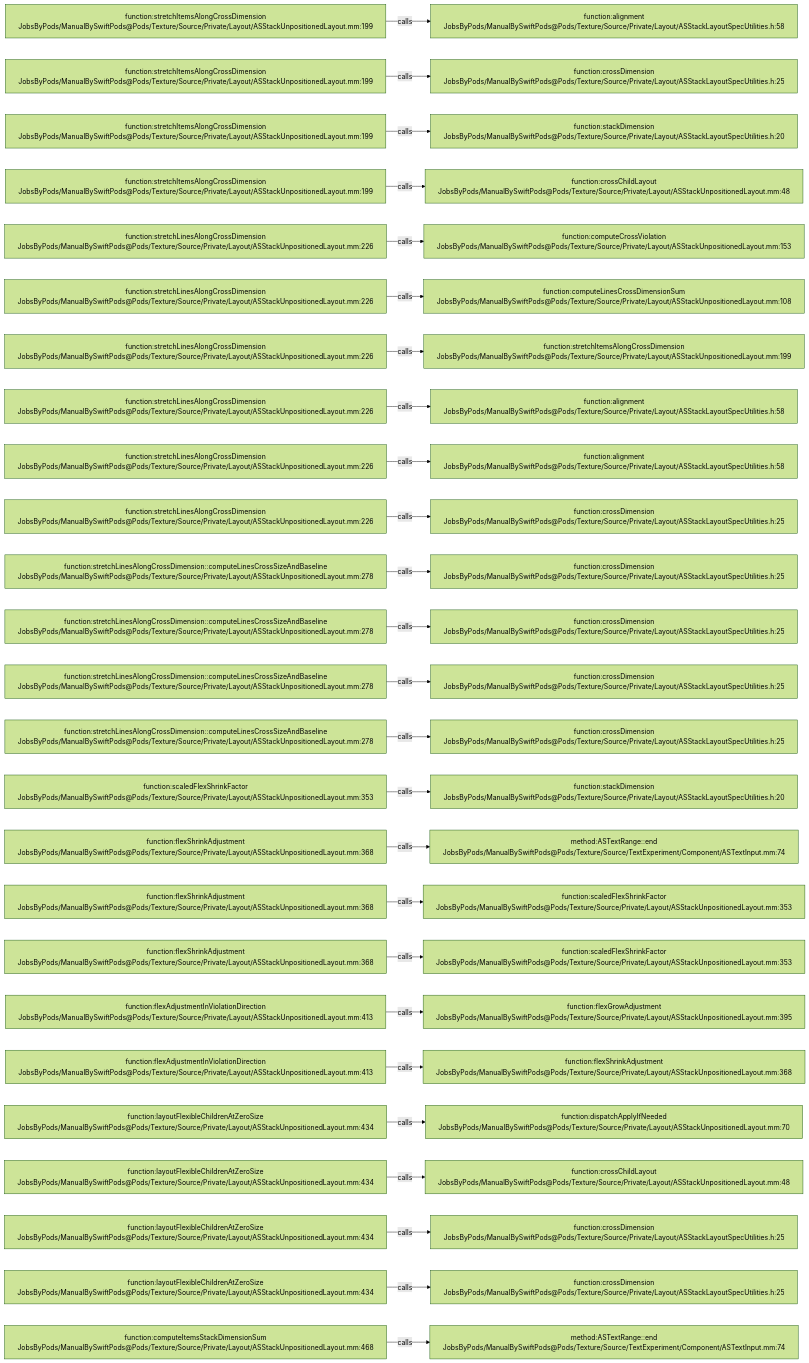
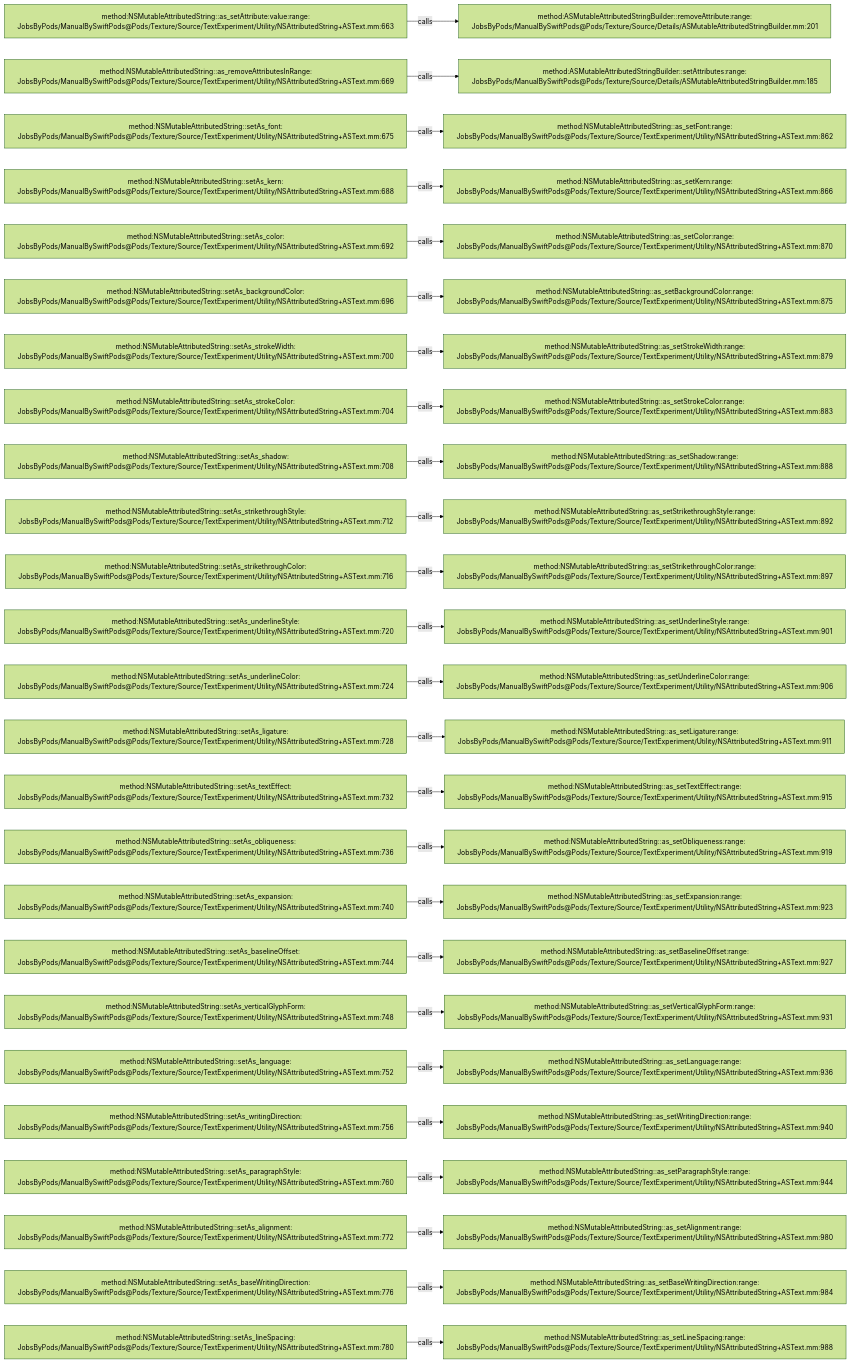
Before and after one commit to JobsKits/JobsSwiftBaseConfigDemo: the diagram in .codegraph/codegraph.md/graphs/calls-144.md, drawn with Mermaid (forest theme). The commit also changed 832 other files, not shown here.

````diff
--- a/.codegraph/codegraph.md/graphs/calls-144.md
+++ b/.codegraph/codegraph.md/graphs/calls-144.md
@@ -13,78 +13,78 @@
 ```mermaid
 flowchart LR
-  S1["function:stretchItemsAlongCrossDimension<br/>JobsByPods/ManualBySwiftPods@Pods/Texture/Source/Private/Layout/ASStackUnpositionedLayout.mm:199"]
-  T1["function:alignment<br/>JobsByPods/ManualBySwiftPods@Pods/Texture/Source/Private/Layout/ASStackLayoutSpecUtilities.h:58"]
+  S1["method:NSMutableAttributedString::as_setAttribute:value:range:<br/>JobsByPods/ManualBySwiftPods@Pods/Texture/Source/TextExperiment/Utility/NSAttributedString+ASText.mm:663"]
+  T1["method:ASMutableAttributedStringBuilder::removeAttribute:range:<br/>JobsByPods/ManualBySwiftPods@Pods/Texture/Source/Details/ASMutableAttributedStringBuilder.mm:201"]
   S1 -->|calls| T1
-  S2["function:stretchItemsAlongCrossDimension<br/>JobsByPods/ManualBySwiftPods@Pods/Texture/Source/Private/Layout/ASStackUnpositionedLayout.mm:199"]
-  T2["function:crossDimension<br/>JobsByPods/ManualBySwiftPods@Pods/Texture/Source/Private/Layout/ASStackLayoutSpecUtilities.h:25"]
+  S2["method:NSMutableAttributedString::as_removeAttributesInRange:<br/>JobsByPods/ManualBySwiftPods@Pods/Texture/Source/TextExperiment/Utility/NSAttributedString+ASText.mm:669"]
+  T2["method:ASMutableAttributedStringBuilder::setAttributes:range:<br/>JobsByPods/ManualBySwiftPods@Pods/Texture/Source/Details/ASMutableAttributedStringBuilder.mm:185"]
   S2 -->|calls| T2
-  S3["function:stretchItemsAlongCrossDimension<br/>JobsByPods/ManualBySwiftPods@Pods/Texture/Source/Private/Layout/ASStackUnpositionedLayout.mm:199"]
-  T3["function:stackDimension<br/>JobsByPods/ManualBySwiftPods@Pods/Texture/Source/Private/Layout/ASStackLayoutSpecUtilities.h:20"]
+  S3["method:NSMutableAttributedString::setAs_font:<br/>JobsByPods/ManualBySwiftPods@Pods/Texture/Source/TextExperiment/Utility/NSAttributedString+ASText.mm:675"]
+  T3["method:NSMutableAttributedString::as_setFont:range:<br/>JobsByPods/ManualBySwiftPods@Pods/Texture/Source/TextExperiment/Utility/NSAttributedString+ASText.mm:862"]
   S3 -->|calls| T3
-  S4["function:stretchItemsAlongCrossDimension<br/>JobsByPods/ManualBySwiftPods@Pods/Texture/Source/Private/Layout/ASStackUnpositionedLayout.mm:199"]
-  T4["function:crossChildLayout<br/>JobsByPods/ManualBySwiftPods@Pods/Texture/Source/Private/Layout/ASStackUnpositionedLayout.mm:48"]
+  S4["method:NSMutableAttributedString::setAs_kern:<br/>JobsByPods/ManualBySwiftPods@Pods/Texture/Source/TextExperiment/Utility/NSAttributedString+ASText.mm:688"]
+  T4["method:NSMutableAttributedString::as_setKern:range:<br/>JobsByPods/ManualBySwiftPods@Pods/Texture/Source/TextExperiment/Utility/NSAttributedString+ASText.mm:866"]
   S4 -->|calls| T4
-  S5["function:stretchLinesAlongCrossDimension<br/>JobsByPods/ManualBySwiftPods@Pods/Texture/Source/Private/Layout/ASStackUnpositionedLayout.mm:226"]
-  T5["function:computeCrossViolation<br/>JobsByPods/ManualBySwiftPods@Pods/Texture/Source/Private/Layout/ASStackUnpositionedLayout.mm:153"]
+  S5["method:NSMutableAttributedString::setAs_color:<br/>JobsByPods/ManualBySwiftPods@Pods/Texture/Source/TextExperiment/Utility/NSAttributedString+ASText.mm:692"]
+  T5["method:NSMutableAttributedString::as_setColor:range:<br/>JobsByPods/ManualBySwiftPods@Pods/Texture/Source/TextExperiment/Utility/NSAttributedString+ASText.mm:870"]
   S5 -->|calls| T5
-  S6["function:stretchLinesAlongCrossDimension<br/>JobsByPods/ManualBySwiftPods@Pods/Texture/Source/Private/Layout/ASStackUnpositionedLayout.mm:226"]
-  T6["function:computeLinesCrossDimensionSum<br/>JobsByPods/ManualBySwiftPods@Pods/Texture/Source/Private/Layout/ASStackUnpositionedLayout.mm:108"]
+  S6["method:NSMutableAttributedString::setAs_backgroundColor:<br/>JobsByPods/ManualBySwiftPods@Pods/Texture/Source/TextExperiment/Utility/NSAttributedString+ASText.mm:696"]
+  T6["method:NSMutableAttributedString::as_setBackgroundColor:range:<br/>JobsByPods/ManualBySwiftPods@Pods/Texture/Source/TextExperiment/Utility/NSAttributedString+ASText.mm:875"]
   S6 -->|calls| T6
-  S7["function:stretchLinesAlongCrossDimension<br/>JobsByPods/ManualBySwiftPods@Pods/Texture/Source/Private/Layout/ASStackUnpositionedLayout.mm:226"]
-  T7["function:stretchItemsAlongCrossDimension<br/>JobsByPods/ManualBySwiftPods@Pods/Texture/Source/Private/Layout/ASStackUnpositionedLayout.mm:199"]
+  S7["method:NSMutableAttributedString::setAs_strokeWidth:<br/>JobsByPods/ManualBySwiftPods@Pods/Texture/Source/TextExperiment/Utility/NSAttributedString+ASText.mm:700"]
+  T7["method:NSMutableAttributedString::as_setStrokeWidth:range:<br/>JobsByPods/ManualBySwiftPods@Pods/Texture/Source/TextExperiment/Utility/NSAttributedString+ASText.mm:879"]
   S7 -->|calls| T7
-  S8["function:stretchLinesAlongCrossDimension<br/>JobsByPods/ManualBySwiftPods@Pods/Texture/Source/Private/Layout/ASStackUnpositionedLayout.mm:226"]
-  T8["function:alignment<br/>JobsByPods/ManualBySwiftPods@Pods/Texture/Source/Private/Layout/ASStackLayoutSpecUtilities.h:58"]
+  S8["method:NSMutableAttributedString::setAs_strokeColor:<br/>JobsByPods/ManualBySwiftPods@Pods/Texture/Source/TextExperiment/Utility/NSAttributedString+ASText.mm:704"]
+  T8["method:NSMutableAttributedString::as_setStrokeColor:range:<br/>JobsByPods/ManualBySwiftPods@Pods/Texture/Source/TextExperiment/Utility/NSAttributedString+ASText.mm:883"]
   S8 -->|calls| T8
-  S9["function:stretchLinesAlongCrossDimension<br/>JobsByPods/ManualBySwiftPods@Pods/Texture/Source/Private/Layout/ASStackUnpositionedLayout.mm:226"]
-  T9["function:alignment<br/>JobsByPods/ManualBySwiftPods@Pods/Texture/Source/Private/Layout/ASStackLayoutSpecUtilities.h:58"]
+  S9["method:NSMutableAttributedString::setAs_shadow:<br/>JobsByPods/ManualBySwiftPods@Pods/Texture/Source/TextExperiment/Utility/NSAttributedString+ASText.mm:708"]
+  T9["method:NSMutableAttributedString::as_setShadow:range:<br/>JobsByPods/ManualBySwiftPods@Pods/Texture/Source/TextExperiment/Utility/NSAttributedString+ASText.mm:888"]
   S9 -->|calls| T9
-  S10["function:stretchLinesAlongCrossDimension<br/>JobsByPods/ManualBySwiftPods@Pods/Texture/Source/Private/Layout/ASStackUnpositionedLayout.mm:226"]
-  T10["function:crossDimension<br/>JobsByPods/ManualBySwiftPods@Pods/Texture/Source/Private/Layout/ASStackLayoutSpecUtilities.h:25"]
+  S10["method:NSMutableAttributedString::setAs_strikethroughStyle:<br/>JobsByPods/ManualBySwiftPods@Pods/Texture/Source/TextExperiment/Utility/NSAttributedString+ASText.mm:712"]
+  T10["method:NSMutableAttributedString::as_setStrikethroughStyle:range:<br/>JobsByPods/ManualBySwiftPods@Pods/Texture/Source/TextExperiment/Utility/NSAttributedString+ASText.mm:892"]
   S10 -->|calls| T10
-  S11["function:stretchLinesAlongCrossDimension::computeLinesCrossSizeAndBaseline<br/>JobsByPods/ManualBySwiftPods@Pods/Texture/Source/Private/Layout/ASStackUnpositionedLayout.mm:278"]
-  T11["function:crossDimension<br/>JobsByPods/ManualBySwiftPods@Pods/Texture/Source/Private/Layout/ASStackLayoutSpecUtilities.h:25"]
+  S11["method:NSMutableAttributedString::setAs_strikethroughColor:<br/>JobsByPods/ManualBySwiftPods@Pods/Texture/Source/TextExperiment/Utility/NSAttributedString+ASText.mm:716"]
+  T11["method:NSMutableAttributedString::as_setStrikethroughColor:range:<br/>JobsByPods/ManualBySwiftPods@Pods/Texture/Source/TextExperiment/Utility/NSAttributedString+ASText.mm:897"]
   S11 -->|calls| T11
-  S12["function:stretchLinesAlongCrossDimension::computeLinesCrossSizeAndBaseline<br/>JobsByPods/ManualBySwiftPods@Pods/Texture/Source/Private/Layout/ASStackUnpositionedLayout.mm:278"]
-  T12["function:crossDimension<br/>JobsByPods/ManualBySwiftPods@Pods/Texture/Source/Private/Layout/ASStackLayoutSpecUtilities.h:25"]
+  S12["method:NSMutableAttributedString::setAs_underlineStyle:<br/>JobsByPods/ManualBySwiftPods@Pods/Texture/Source/TextExperiment/Utility/NSAttributedString+ASText.mm:720"]
+  T12["method:NSMutableAttributedString::as_setUnderlineStyle:range:<br/>JobsByPods/ManualBySwiftPods@Pods/Texture/Source/TextExperiment/Utility/NSAttributedString+ASText.mm:901"]
   S12 -->|calls| T12
-  S13["function:stretchLinesAlongCrossDimension::computeLinesCrossSizeAndBaseline<br/>JobsByPods/ManualBySwiftPods@Pods/Texture/Source/Private/Layout/ASStackUnpositionedLayout.mm:278"]
-  T13["function:crossDimension<br/>JobsByPods/ManualBySwiftPods@Pods/Texture/Source/Private/Layout/ASStackLayoutSpecUtilities.h:25"]
+  S13["method:NSMutableAttributedString::setAs_underlineColor:<br/>JobsByPods/ManualBySwiftPods@Pods/Texture/Source/TextExperiment/Utility/NSAttributedString+ASText.mm:724"]
+  T13["method:NSMutableAttributedString::as_setUnderlineColor:range:<br/>JobsByPods/ManualBySwiftPods@Pods/Texture/Source/TextExperiment/Utility/NSAttributedString+ASText.mm:906"]
   S13 -->|calls| T13
-  S14["function:stretchLinesAlongCrossDimension::computeLinesCrossSizeAndBaseline<br/>JobsByPods/ManualBySwiftPods@Pods/Texture/Source/Private/Layout/ASStackUnpositionedLayout.mm:278"]
-  T14["function:crossDimension<br/>JobsByPods/ManualBySwiftPods@Pods/Texture/Source/Private/Layout/ASStackLayoutSpecUtilities.h:25"]
+  S14["method:NSMutableAttributedString::setAs_ligature:<br/>JobsByPods/ManualBySwiftPods@Pods/Texture/Source/TextExperiment/Utility/NSAttributedString+ASText.mm:728"]
+  T14["method:NSMutableAttributedString::as_setLigature:range:<br/>JobsByPods/ManualBySwiftPods@Pods/Texture/Source/TextExperiment/Utility/NSAttributedString+ASText.mm:911"]
   S14 -->|calls| T14
-  S15["function:scaledFlexShrinkFactor<br/>JobsByPods/ManualBySwiftPods@Pods/Texture/Source/Private/Layout/ASStackUnpositionedLayout.mm:353"]
-  T15["function:stackDimension<br/>JobsByPods/ManualBySwiftPods@Pods/Texture/Source/Private/Layout/ASStackLayoutSpecUtilities.h:20"]
+  S15["method:NSMutableAttributedString::setAs_textEffect:<br/>JobsByPods/ManualBySwiftPods@Pods/Texture/Source/TextExperiment/Utility/NSAttributedString+ASText.mm:732"]
+  T15["method:NSMutableAttributedString::as_setTextEffect:range:<br/>JobsByPods/ManualBySwiftPods@Pods/Texture/Source/TextExperiment/Utility/NSAttributedString+ASText.mm:915"]
   S15 -->|calls| T15
-  S16["function:flexShrinkAdjustment<br/>JobsByPods/ManualBySwiftPods@Pods/Texture/Source/Private/Layout/ASStackUnpositionedLayout.mm:368"]
-  T16["method:ASTextRange::end<br/>JobsByPods/ManualBySwiftPods@Pods/Texture/Source/TextExperiment/Component/ASTextInput.mm:74"]
+  S16["method:NSMutableAttributedString::setAs_obliqueness:<br/>JobsByPods/ManualBySwiftPods@Pods/Texture/Source/TextExperiment/Utility/NSAttributedString+ASText.mm:736"]
+  T16["method:NSMutableAttributedString::as_setObliqueness:range:<br/>JobsByPods/ManualBySwiftPods@Pods/Texture/Source/TextExperiment/Utility/NSAttributedString+ASText.mm:919"]
   S16 -->|calls| T16
-  S17["function:flexShrinkAdjustment<br/>JobsByPods/ManualBySwiftPods@Pods/Texture/Source/Private/Layout/ASStackUnpositionedLayout.mm:368"]
-  T17["function:scaledFlexShrinkFactor<br/>JobsByPods/ManualBySwiftPods@Pods/Texture/Source/Private/Layout/ASStackUnpositionedLayout.mm:353"]
+  S17["method:NSMutableAttributedString::setAs_expansion:<br/>JobsByPods/ManualBySwiftPods@Pods/Texture/Source/TextExperiment/Utility/NSAttributedString+ASText.mm:740"]
+  T17["method:NSMutableAttributedString::as_setExpansion:range:<br/>JobsByPods/ManualBySwiftPods@Pods/Texture/Source/TextExperiment/Utility/NSAttributedString+ASText.mm:923"]
   S17 -->|calls| T17
-  S18["function:flexShrinkAdjustment<br/>JobsByPods/ManualBySwiftPods@Pods/Texture/Source/Private/Layout/ASStackUnpositionedLayout.mm:368"]
-  T18["function:scaledFlexShrinkFactor<br/>JobsByPods/ManualBySwiftPods@Pods/Texture/Source/Private/Layout/ASStackUnpositionedLayout.mm:353"]
+  S18["method:NSMutableAttributedString::setAs_baselineOffset:<br/>JobsByPods/ManualBySwiftPods@Pods/Texture/Source/TextExperiment/Utility/NSAttributedString+ASText.mm:744"]
+  T18["method:NSMutableAttributedString::as_setBaselineOffset:range:<br/>JobsByPods/ManualBySwiftPods@Pods/Texture/Source/TextExperiment/Utility/NSAttributedString+ASText.mm:927"]
   S18 -->|calls| T18
-  S19["function:flexAdjustmentInViolationDirection<br/>JobsByPods/ManualBySwiftPods@Pods/Texture/Source/Private/Layout/ASStackUnpositionedLayout.mm:413"]
-  T19["function:flexGrowAdjustment<br/>JobsByPods/ManualBySwiftPods@Pods/Texture/Source/Private/Layout/ASStackUnpositionedLayout.mm:395"]
+  S19["method:NSMutableAttributedString::setAs_verticalGlyphForm:<br/>JobsByPods/ManualBySwiftPods@Pods/Texture/Source/TextExperiment/Utility/NSAttributedString+ASText.mm:748"]
+  T19["method:NSMutableAttributedString::as_setVerticalGlyphForm:range:<br/>JobsByPods/ManualBySwiftPods@Pods/Texture/Source/TextExperiment/Utility/NSAttributedString+ASText.mm:931"]
   S19 -->|calls| T19
-  S20["function:flexAdjustmentInViolationDirection<br/>JobsByPods/ManualBySwiftPods@Pods/Texture/Source/Private/Layout/ASStackUnpositionedLayout.mm:413"]
-  T20["function:flexShrinkAdjustment<br/>JobsByPods/ManualBySwiftPods@Pods/Texture/Source/Private/Layout/ASStackUnpositionedLayout.mm:368"]
+  S20["method:NSMutableAttributedString::setAs_language:<br/>JobsByPods/ManualBySwiftPods@Pods/Texture/Source/TextExperiment/Utility/NSAttributedString+ASText.mm:752"]
+  T20["method:NSMutableAttributedString::as_setLanguage:range:<br/>JobsByPods/ManualBySwiftPods@Pods/Texture/Source/TextExperiment/Utility/NSAttributedString+ASText.mm:936"]
   S20 -->|calls| T20
-  S21["function:layoutFlexibleChildrenAtZeroSize<br/>JobsByPods/ManualBySwiftPods@Pods/Texture/Source/Private/Layout/ASStackUnpositionedLayout.mm:434"]
-  T21["function:dispatchApplyIfNeeded<br/>JobsByPods/ManualBySwiftPods@Pods/Texture/Source/Private/Layout/ASStackUnpositionedLayout.mm:70"]
+  S21["method:NSMutableAttributedString::setAs_writingDirection:<br/>JobsByPods/ManualBySwiftPods@Pods/Texture/Source/TextExperiment/Utility/NSAttributedString+ASText.mm:756"]
+  T21["method:NSMutableAttributedString::as_setWritingDirection:range:<br/>JobsByPods/ManualBySwiftPods@Pods/Texture/Source/TextExperiment/Utility/NSAttributedString+ASText.mm:940"]
   S21 -->|calls| T21
-  S22["function:layoutFlexibleChildrenAtZeroSize<br/>JobsByPods/ManualBySwiftPods@Pods/Texture/Source/Private/Layout/ASStackUnpositionedLayout.mm:434"]
-  T22["function:crossChildLayout<br/>JobsByPods/ManualBySwiftPods@Pods/Texture/Source/Private/Layout/ASStackUnpositionedLayout.mm:48"]
+  S22["method:NSMutableAttributedString::setAs_paragraphStyle:<br/>JobsByPods/ManualBySwiftPods@Pods/Texture/Source/TextExperiment/Utility/NSAttributedString+ASText.mm:760"]
+  T22["method:NSMutableAttributedString::as_setParagraphStyle:range:<br/>JobsByPods/ManualBySwiftPods@Pods/Texture/Source/TextExperiment/Utility/NSAttributedString+ASText.mm:944"]
   S22 -->|calls| T22
-  S23["function:layoutFlexibleChildrenAtZeroSize<br/>JobsByPods/ManualBySwiftPods@Pods/Texture/Source/Private/Layout/ASStackUnpositionedLayout.mm:434"]
-  T23["function:crossDimension<br/>JobsByPods/ManualBySwiftPods@Pods/Texture/Source/Private/Layout/ASStackLayoutSpecUtilities.h:25"]
+  S23["method:NSMutableAttributedString::setAs_alignment:<br/>JobsByPods/ManualBySwiftPods@Pods/Texture/Source/TextExperiment/Utility/NSAttributedString+ASText.mm:772"]
+  T23["method:NSMutableAttributedString::as_setAlignment:range:<br/>JobsByPods/ManualBySwiftPods@Pods/Texture/Source/TextExperiment/Utility/NSAttributedString+ASText.mm:980"]
   S23 -->|calls| T23
-  S24["function:layoutFlexibleChildrenAtZeroSize<br/>JobsByPods/ManualBySwiftPods@Pods/Texture/Source/Private/Layout/ASStackUnpositionedLayout.mm:434"]
-  T24["function:crossDimension<br/>JobsByPods/ManualBySwiftPods@Pods/Texture/Source/Private/Layout/ASStackLayoutSpecUtilities.h:25"]
+  S24["method:NSMutableAttributedString::setAs_baseWritingDirection:<br/>JobsByPods/ManualBySwiftPods@Pods/Texture/Source/TextExperiment/Utility/NSAttributedString+ASText.mm:776"]
+  T24["method:NSMutableAttributedString::as_setBaseWritingDirection:range:<br/>JobsByPods/ManualBySwiftPods@Pods/Texture/Source/TextExperiment/Utility/NSAttributedString+ASText.mm:984"]
   S24 -->|calls| T24
-  S25["function:computeItemsStackDimensionSum<br/>JobsByPods/ManualBySwiftPods@Pods/Texture/Source/Private/Layout/ASStackUnpositionedLayout.mm:468"]
-  T25["method:ASTextRange::end<br/>JobsByPods/ManualBySwiftPods@Pods/Texture/Source/TextExperiment/Component/ASTextInput.mm:74"]
+  S25["method:NSMutableAttributedString::setAs_lineSpacing:<br/>JobsByPods/ManualBySwiftPods@Pods/Texture/Source/TextExperiment/Utility/NSAttributedString+ASText.mm:780"]
+  T25["method:NSMutableAttributedString::as_setLineSpacing:range:<br/>JobsByPods/ManualBySwiftPods@Pods/Texture/Source/TextExperiment/Utility/NSAttributedString+ASText.mm:988"]
   S25 -->|calls| T25
 ```
````
